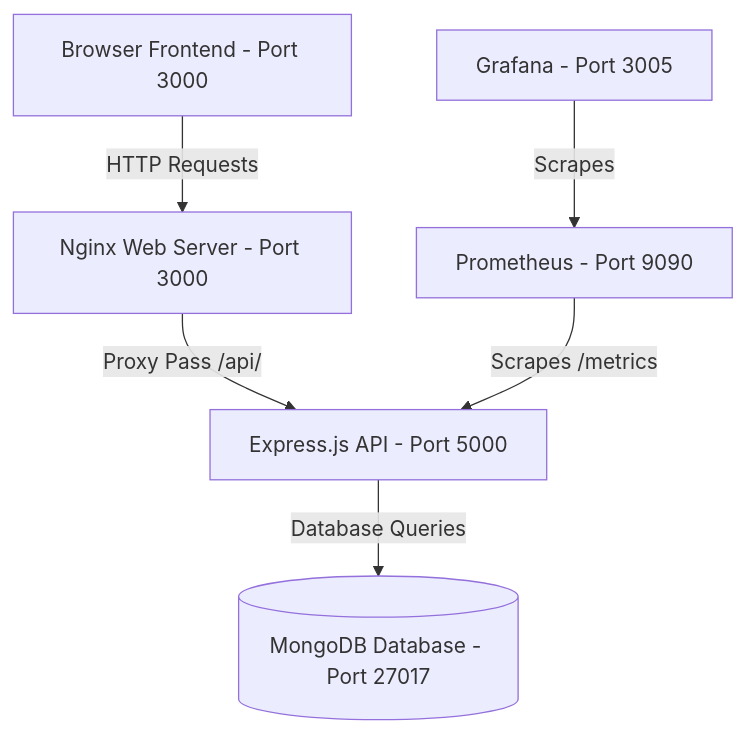
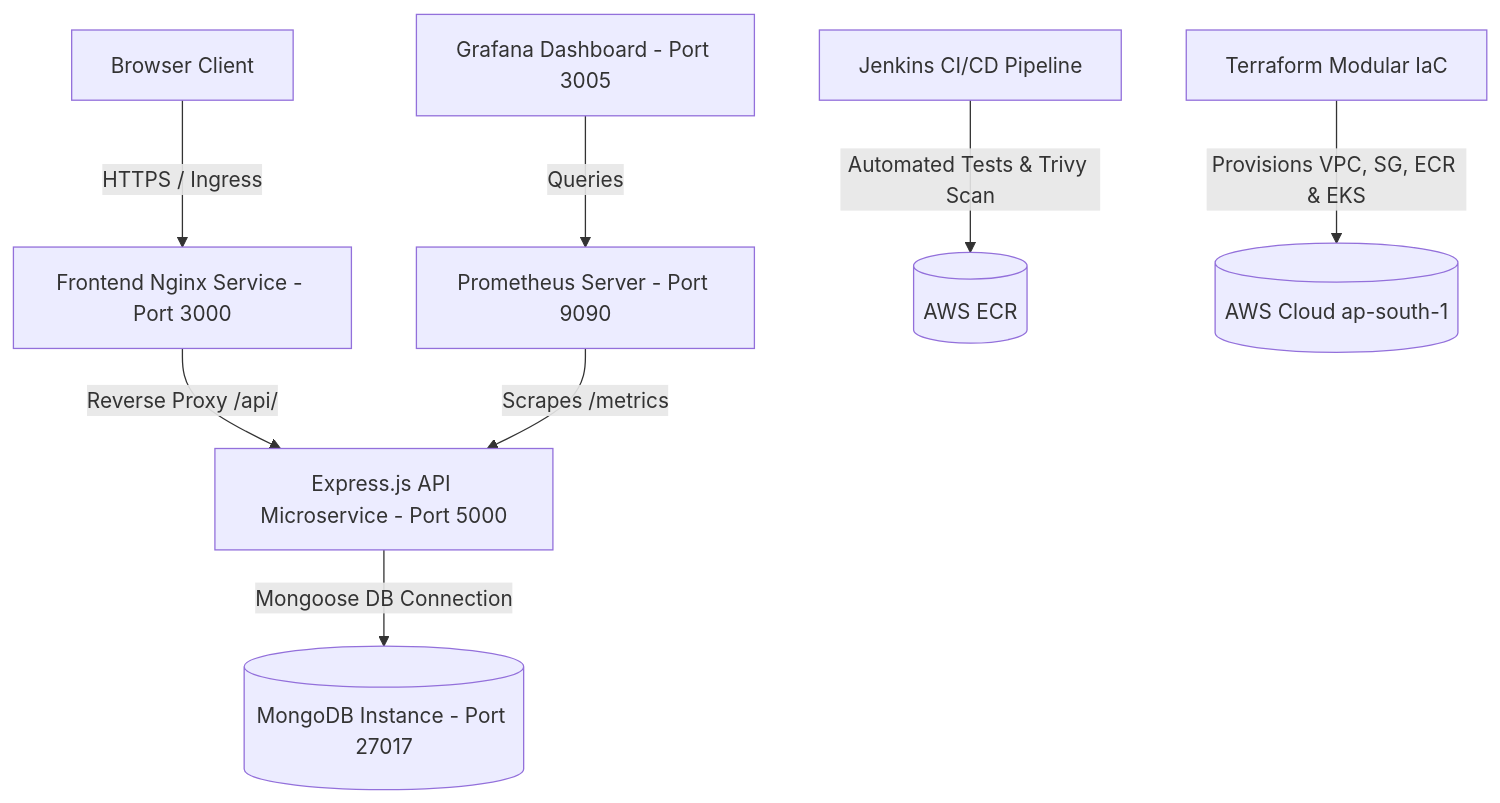
Before and after one commit to MallaBalaRaju/LuxeShop-ECommerce: the diagram in README.md, drawn with Mermaid. The commit also changed other lines of this file and 40 other files, not shown here.

Commit message:
Refactor: Redesign architecture, minimize files, and enhance DevSecOps CI/CD

````diff
--- a/README.md
+++ b/README.md
@@ -11,8 +12,10 @@
 ```mermaid
 graph TD
-    Client[Browser Frontend - Port 3000] -->|HTTP Requests| Nginx[Nginx Web Server - Port 3000]
-    Nginx -->|Proxy Pass /api/| Backend[Express.js API - Port 5000]
-    Backend -->|Database Queries| Mongo[(MongoDB Database - Port 27017)]
-    Prometheus[Prometheus - Port 9090] -->|Scrapes /metrics| Backend
-    Grafana[Grafana - Port 3005] -->|Scrapes| Prometheus
+    Client[Browser Client] -->|HTTPS / Ingress| Nginx[Frontend Nginx Service - Port 3000]
+    Nginx -->|Reverse Proxy /api/| Backend[Express.js API Microservice - Port 5000]
+    Backend -->|Mongoose DB Connection| Mongo[(MongoDB Instance - Port 27017)]
+    Prometheus[Prometheus Server - Port 9090] -->|Scrapes /metrics| Backend
+    Grafana[Grafana Dashboard - Port 3005] -->|Queries| Prometheus
+    Jenkins[Jenkins CI/CD Pipeline] -->|Automated Tests & Trivy Scan| ECR[(AWS ECR)]
+    Terraform[Terraform Modular IaC] -->|Provisions VPC, SG, ECR & EKS| AWS[(AWS Cloud ap-south-1)]
 ```
````
